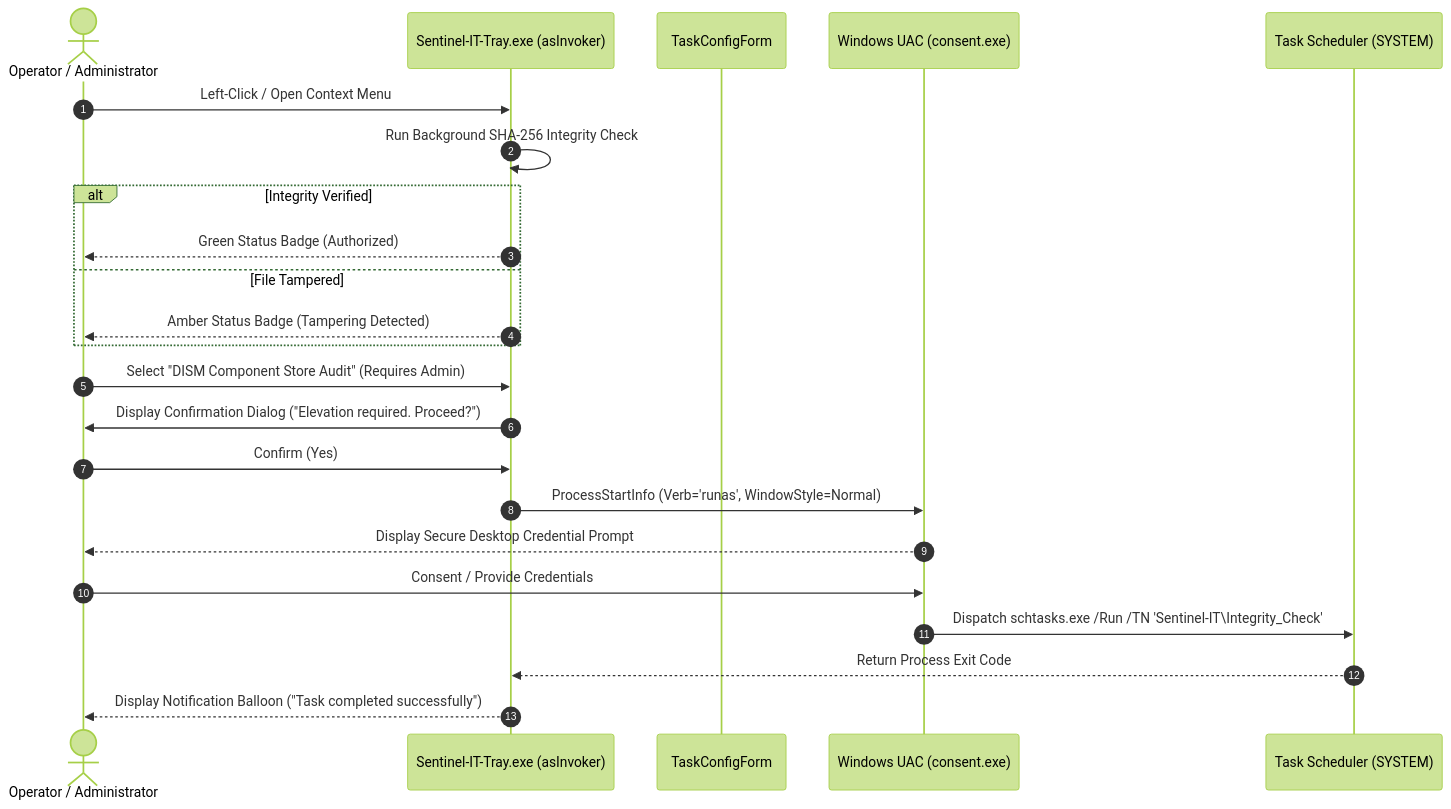
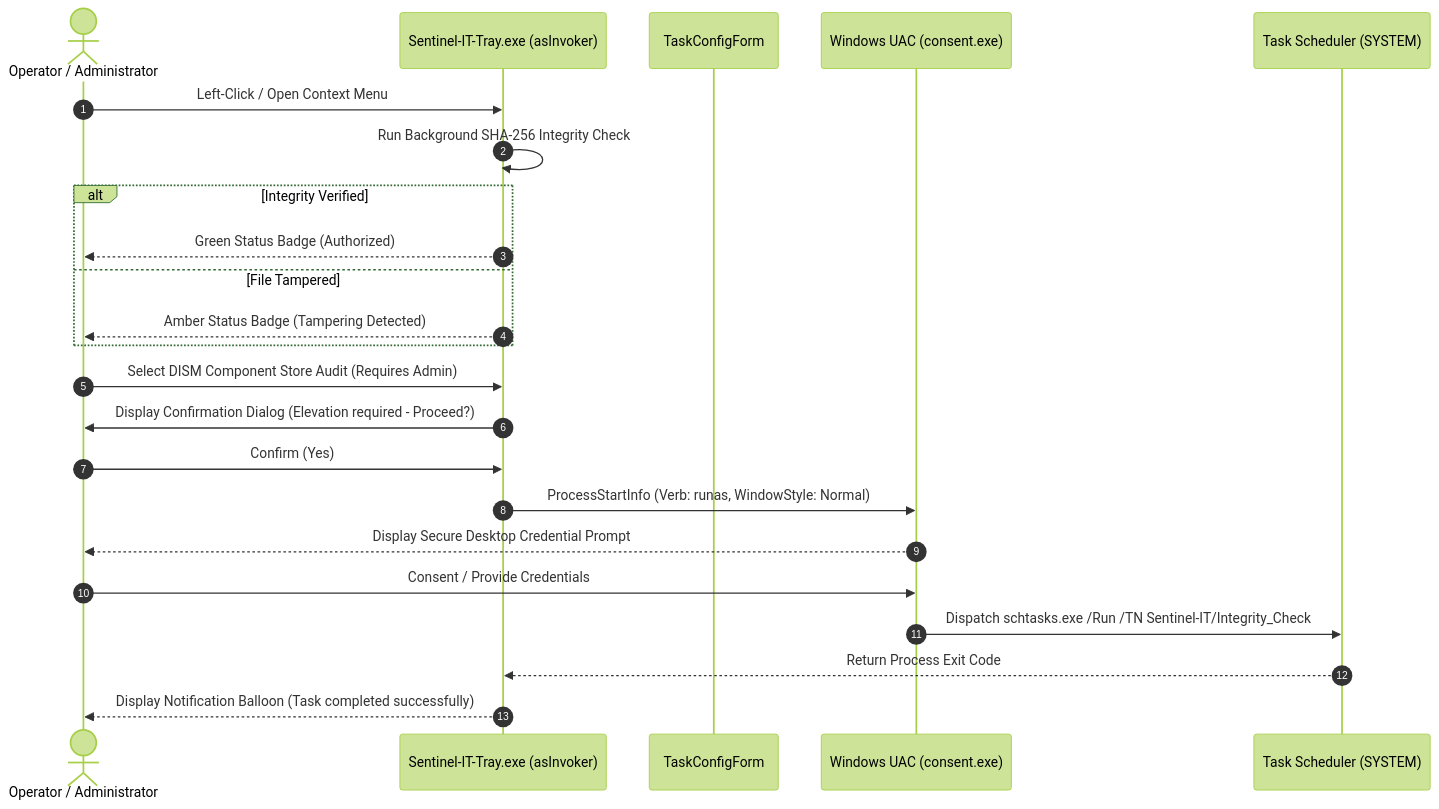
One commit to isora-cloud-group/Isora-Sentinel changed the third of 4 diagrams in docs/ARCHITECTURE.md. Above: the diagram before and after it, drawn with Mermaid (forest theme). The commit also changed other lines of this file and 2 other files, not shown here.

Commit message:
docs: add SIEM integration and architecture documentation alongside README updates

````diff
--- a/docs/ARCHITECTURE.md
+++ b/docs/ARCHITECTURE.md
@@ -107,27 +108,27 @@
 ```mermaid
 sequenceDiagram
     autonumber
     actor User as Operator / Administrator
     participant Tray as Sentinel-IT-Tray.exe (asInvoker)
     participant Config as TaskConfigForm
     participant UAC as Windows UAC (consent.exe)
     participant Sched as Task Scheduler (SYSTEM)
 
     User->>Tray: Left-Click / Open Context Menu
     Tray->>Tray: Run Background SHA-256 Integrity Check
     alt Integrity Verified
         Tray-->>User: Green Status Badge (Authorized)
     else File Tampered
         Tray-->>User: Amber Status Badge (Tampering Detected)
     end
 
-    User->>Tray: Select "DISM Component Store Audit" (Requires Admin)
-    Tray->>User: Display Confirmation Dialog ("Elevation required. Proceed?")
+    User->>Tray: Select DISM Component Store Audit (Requires Admin)
+    Tray->>User: Display Confirmation Dialog (Elevation required - Proceed?)
     User->>Tray: Confirm (Yes)
-    Tray->>UAC: ProcessStartInfo (Verb='runas', WindowStyle=Normal)
+    Tray->>UAC: ProcessStartInfo (Verb: runas, WindowStyle: Normal)
     UAC-->>User: Display Secure Desktop Credential Prompt
     User->>UAC: Consent / Provide Credentials
-    UAC->>Sched: Dispatch schtasks.exe /Run /TN 'Sentinel-IT\Integrity_Check'
+    UAC->>Sched: Dispatch schtasks.exe /Run /TN Sentinel-IT/Integrity_Check
     Sched-->>Tray: Return Process Exit Code
-    Tray-->>User: Display Notification Balloon ("Task completed successfully")
+    Tray-->>User: Display Notification Balloon (Task completed successfully)
 ```
````
